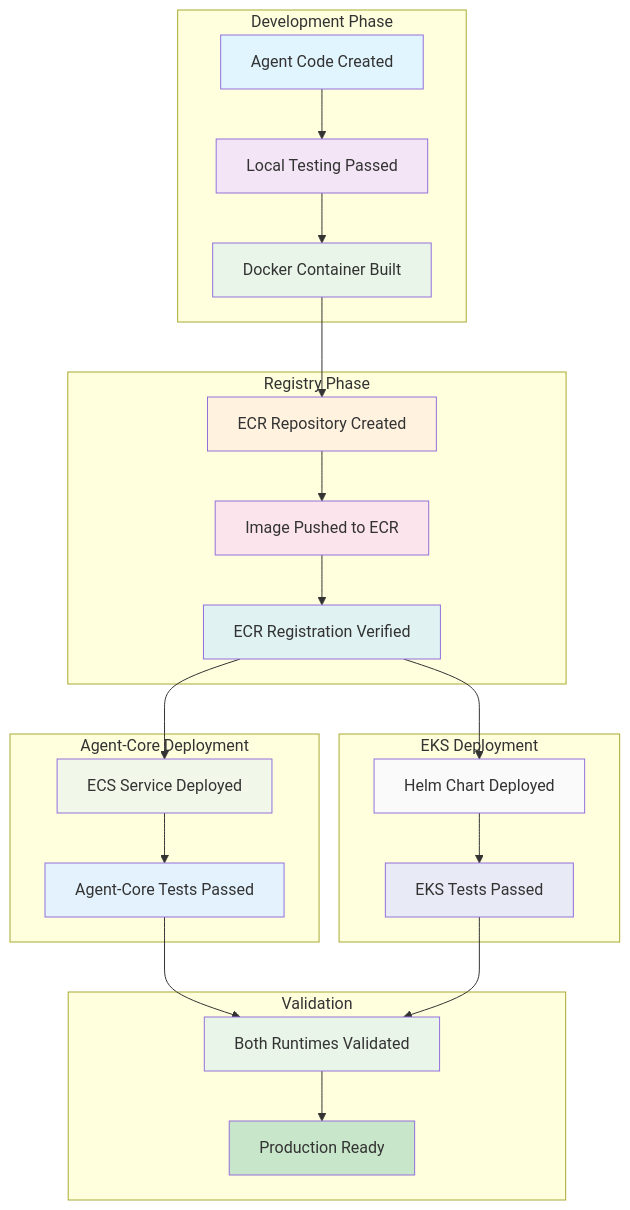
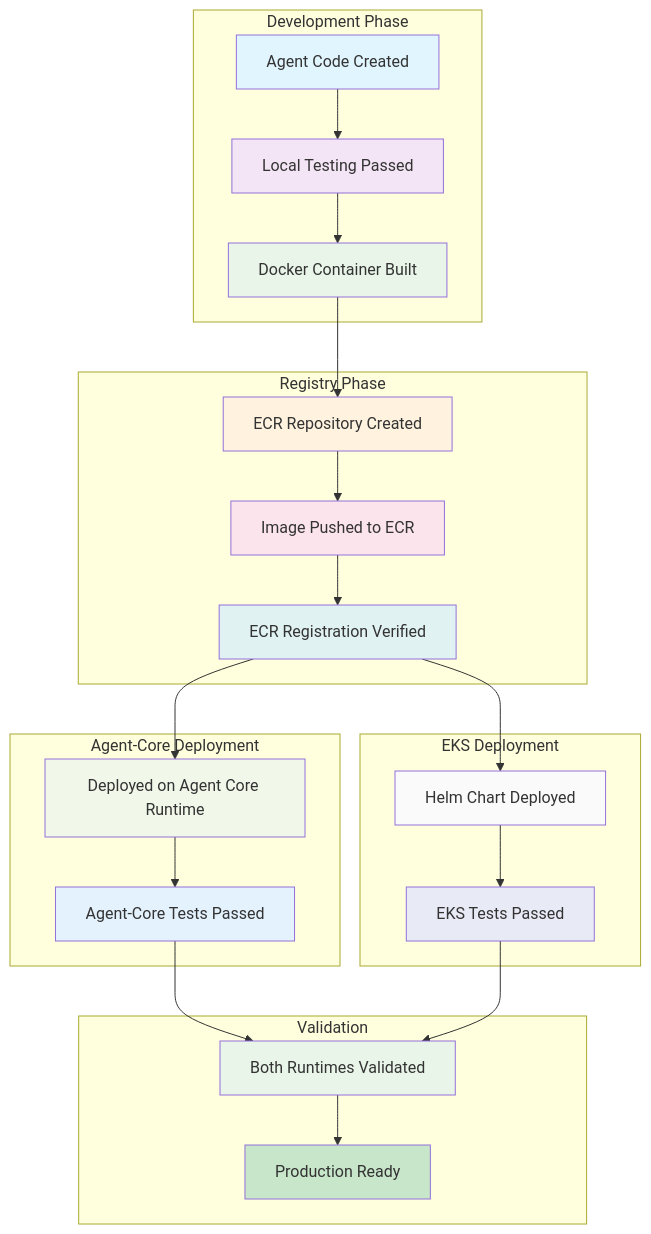
The second of 2 diagrams in docs/NEW_AGENT_DEPLOYMENT_GUIDE-v2.md (ManojRamani/sample-agentic-platform), drawn with Mermaid before and after one commit. The commit also changed other lines of this file and 3 other files, not shown here.

````diff
--- a/docs/NEW_AGENT_DEPLOYMENT_GUIDE-v2.md
+++ b/docs/NEW_AGENT_DEPLOYMENT_GUIDE-v2.md
@@ -752,42 +318,42 @@
 ```mermaid
 graph TD
     subgraph "Development Phase"
         A1[Agent Code Created] --> A2[Local Testing Passed]
         A2 --> A3[Docker Container Built]
     end
     
     subgraph "Registry Phase"
         A3 --> B1[ECR Repository Created]
         B1 --> B2[Image Pushed to ECR]
         B2 --> B3[ECR Registration Verified]
     end
     
     subgraph "Agent-Core Deployment"
-        B3 --> C1[ECS Service Deployed]
+        B3 --> C1[Deployed on Agent Core Runtime]
         C1 --> C2[Agent-Core Tests Passed]
     end
     
     subgraph "EKS Deployment"
         B3 --> D1[Helm Chart Deployed]
         D1 --> D2[EKS Tests Passed]
     end
     
     subgraph "Validation"
         C2 --> E1[Both Runtimes Validated]
         D2 --> E1
         E1 --> E2[Production Ready]
     end
     
     style A1 fill:#e1f5fe
     style A2 fill:#f3e5f5
     style A3 fill:#e8f5e8
     style B1 fill:#fff3e0
     style B2 fill:#fce4ec
     style B3 fill:#e0f2f1
     style C1 fill:#f1f8e9
     style C2 fill:#e3f2fd
     style D1 fill:#fafafa
     style D2 fill:#e8eaf6
     style E1 fill:#e8f5e8
     style E2 fill:#c8e6c9
 ```
````
